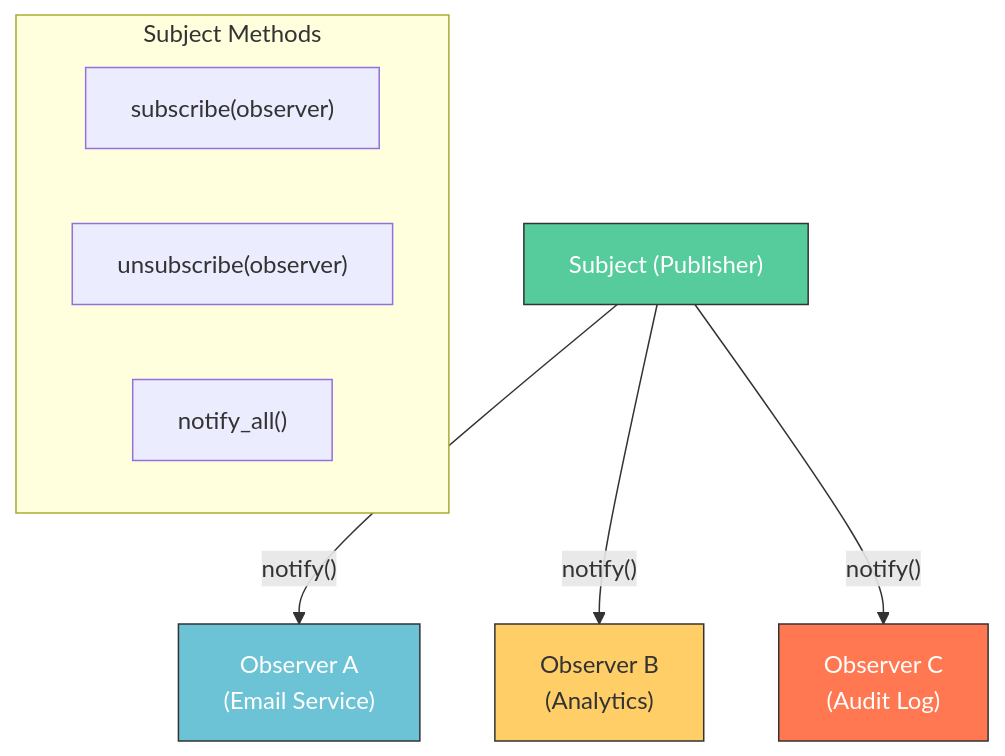
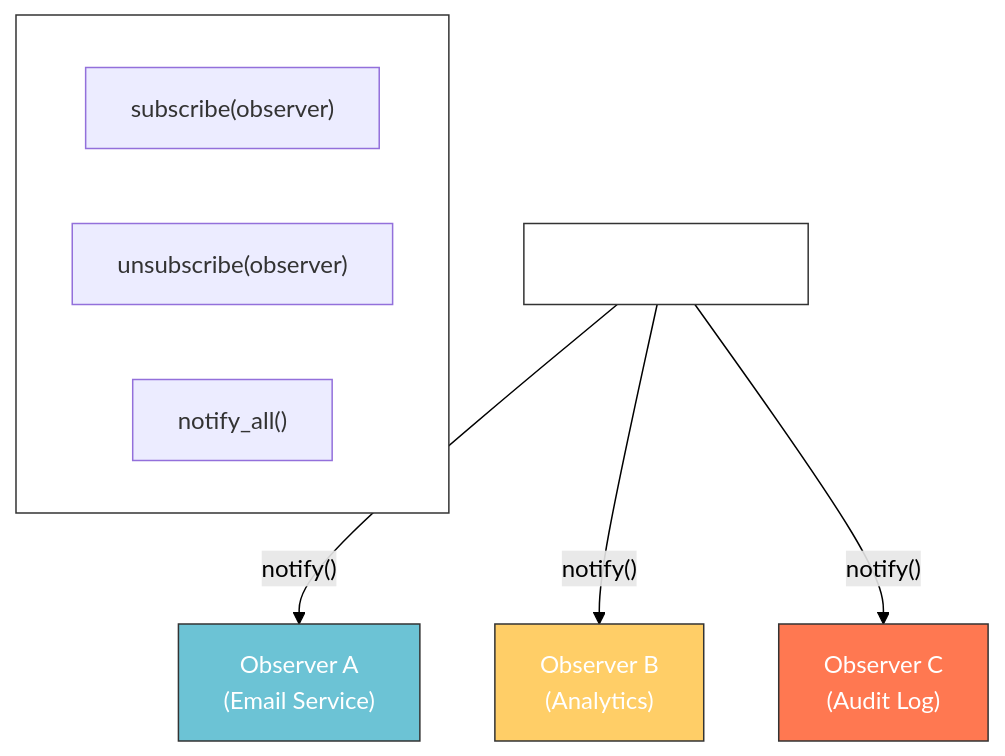
Before and after one commit to tanquangduong/tanquangduong.github.io: the third of 10 diagrams in posts/design-pattern/Design-Pattern-Interview-QA-1.qmd, drawn with Mermaid. The commit also changed other lines of this file and 204 other files, not shown here.

````diff
--- a/posts/design-pattern/Design-Pattern-Interview-QA-1.qmd
+++ b/posts/design-pattern/Design-Pattern-Interview-QA-1.qmd
@@ -304,18 +308,20 @@
 ```{mermaid}
 graph TD
+    linkStyle default stroke:#000,color:#000
     SUBJECT["Subject (Publisher)"]
     SUBJECT -->|"notify()"| OBS1["Observer A<br/>(Email Service)"]
     SUBJECT -->|"notify()"| OBS2["Observer B<br/>(Analytics)"]
     SUBJECT -->|"notify()"| OBS3["Observer C<br/>(Audit Log)"]
 
     subgraph Operations["Subject Methods"]
         ATT["subscribe(observer)"]
         DET["unsubscribe(observer)"]
         NOT["notify_all()"]
     end
 
-    style SUBJECT fill:#56cc9d,stroke:#333,color:#fff
+    style SUBJECT fill:#fff,stroke:#333,color:#fff
+    style Operations fill:#fff,stroke:#333,color:#fff
     style OBS1 fill:#6cc3d5,stroke:#333,color:#fff
-    style OBS2 fill:#ffce67,stroke:#333
+    style OBS2 fill:#ffce67,stroke:#333,color:#fff
     style OBS3 fill:#ff7851,stroke:#333,color:#fff
 ```
````
